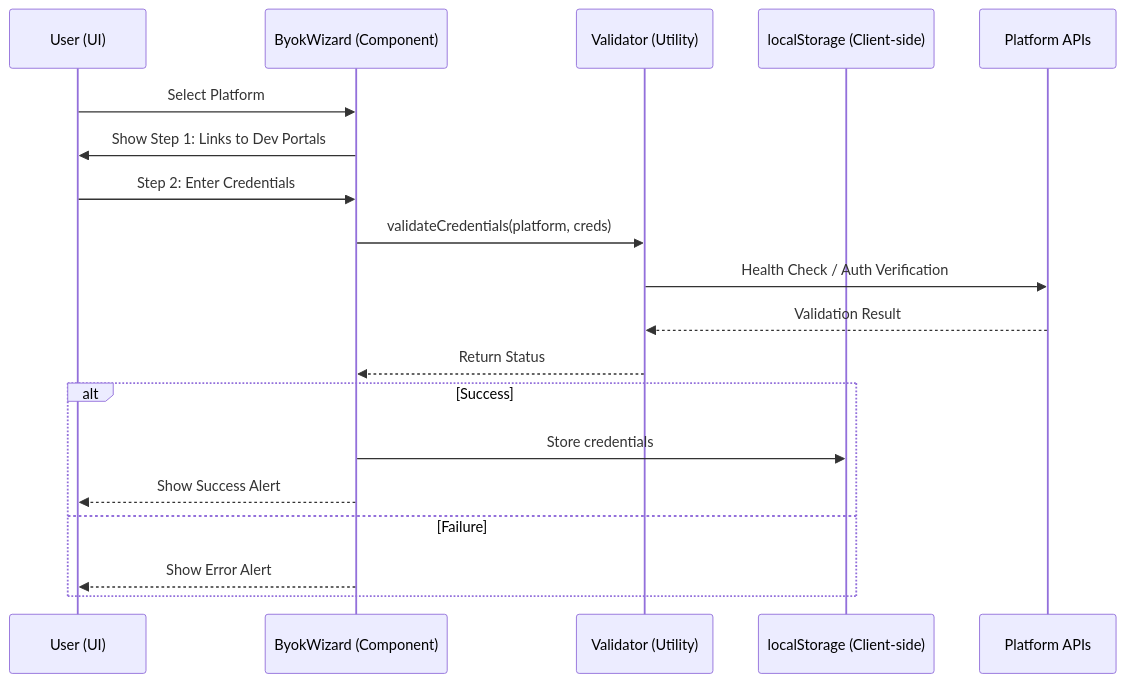
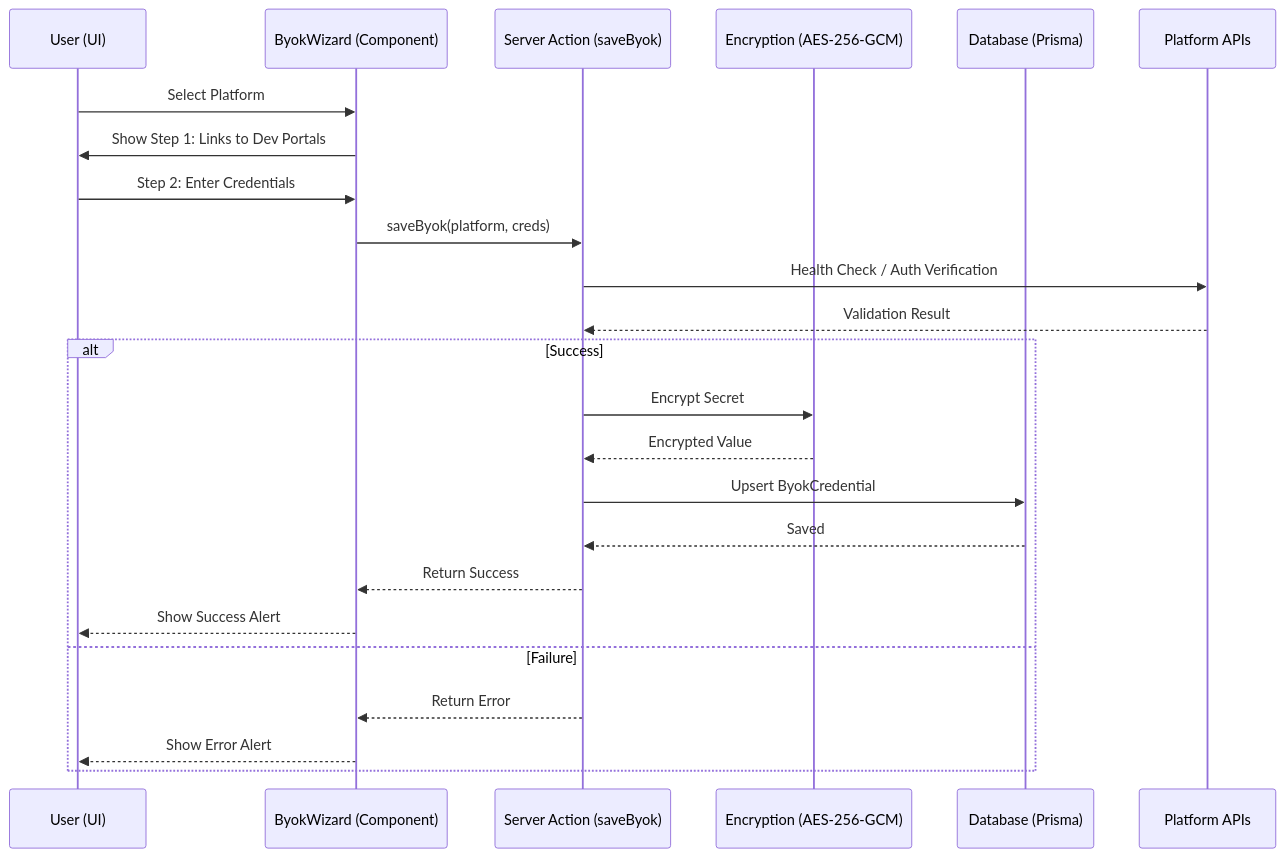
The seventh of 7 diagrams in docs/ARCHITECTURE.md (thoufeeque22/directly.social), drawn with Mermaid before and after one commit. The commit also changed other lines of this file and 3 other files, not shown here.

Commit message:
docs: update BYOK architecture and features for Phase 2 functional integration

````diff
--- a/docs/ARCHITECTURE.md
+++ b/docs/ARCHITECTURE.md
@@ -263,23 +263,28 @@
 ```mermaid
 sequenceDiagram
     participant U as User (UI)
     participant W as ByokWizard (Component)
-    participant V as Validator (Utility)
-    participant LS as localStorage (Client-side)
+    participant A as Server Action (saveByok)
+    participant E as Encryption (AES-256-GCM)
+    participant DB as Database (Prisma)
     participant P as Platform APIs
 
     U->>W: Select Platform
     W->>U: Show Step 1: Links to Dev Portals
     U->>W: Step 2: Enter Credentials
-    W->>V: validateCredentials(platform, creds)
-    V->>P: Health Check / Auth Verification
-    P-->>V: Validation Result
-    V-->>W: Return Status
+    W->>A: saveByok(platform, creds)
+    A->>P: Health Check / Auth Verification
+    P-->>A: Validation Result
     
     alt Success
-        W->>LS: Store credentials
+        A->>E: Encrypt Secret
+        E-->>A: Encrypted Value
+        A->>DB: Upsert ByokCredential
+        DB-->>A: Saved
+        A-->>W: Return Success
         W-->>U: Show Success Alert
     else Failure
+        A-->>W: Return Error
         W-->>U: Show Error Alert
     end
 ```
````
